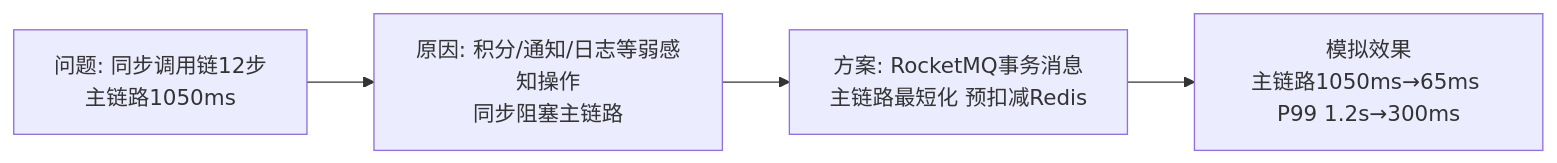
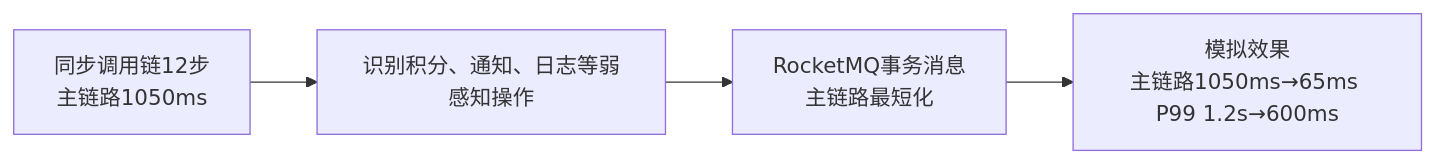
The fourth of 5 diagrams in 02-论文专题/0011-性能优化/00-大纲记忆卡.md (EdgarLQS/SoftwareArchitectureExamGuide), drawn with Mermaid before and after one commit. The commit also changed other lines of this file, not shown here.

````diff
--- a/02-论文专题/0011-性能优化/00-大纲记忆卡.md
+++ b/02-论文专题/0011-性能优化/00-大纲记忆卡.md
@@ -80,6 +69,6 @@
 ```mermaid
 flowchart LR
-    A["问题: 同步调用链12步<br/>主链路1050ms"] --> B["原因: 积分/通知/日志等弱感知操作<br/>同步阻塞主链路"]
-    B --> C["方案: RocketMQ事务消息<br/>主链路最短化 预扣减Redis"]
-    C --> D["模拟效果<br/>主链路1050ms→65ms P99 1.2s→300ms"]
+    A["同步调用链12步<br/>主链路1050ms"] --> B["识别积分、通知、日志等弱感知操作"]
+    B --> C["RocketMQ事务消息<br/>主链路最短化"]
+    C --> D["模拟效果<br/>主链路1050ms→65ms P99 1.2s→600ms"]
 ```
````
